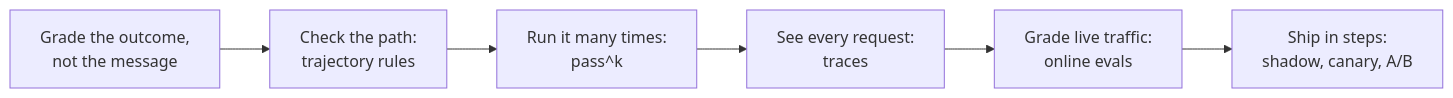
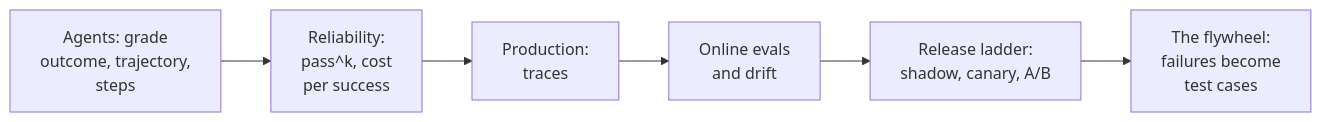
Before and after one commit to shubamchaudhary/CodeNITW: the first of 5 diagrams in src/Data/aiStackDocs/CH-09.md, drawn with Mermaid. The commit also changed other lines of this file and 5 other files, not shown here.

First line of the commit message:
AI Stack: evals section rewritten concept-first, with a mind map

````diff
--- a/src/Data/aiStackDocs/CH-09.md
+++ b/src/Data/aiStackDocs/CH-09.md
@@ -3,8 +3,8 @@
 ```mermaid
 flowchart LR
-    A["Grade the outcome,<br/>not the message"] --> B["Check the path:<br/>trajectory rules"]
-    B --> C["Run it many times:<br/>pass^k"]
-    C --> D["See every request:<br/>traces"]
-    D --> E["Grade live traffic:<br/>online evals"]
-    E --> F["Ship in steps:<br/>shadow, canary, A/B"]
+    A["Agents: grade<br/>outcome, trajectory,<br/>steps"] --> B["Reliability:<br/>pass^k, cost<br/>per success"]
+    B --> C["Production:<br/>traces"]
+    C --> D["Online evals<br/>and drift"]
+    D --> E["Release ladder:<br/>shadow, canary, A/B"]
+    E --> F["The flywheel:<br/>failures become<br/>test cases"]
 ```
````
